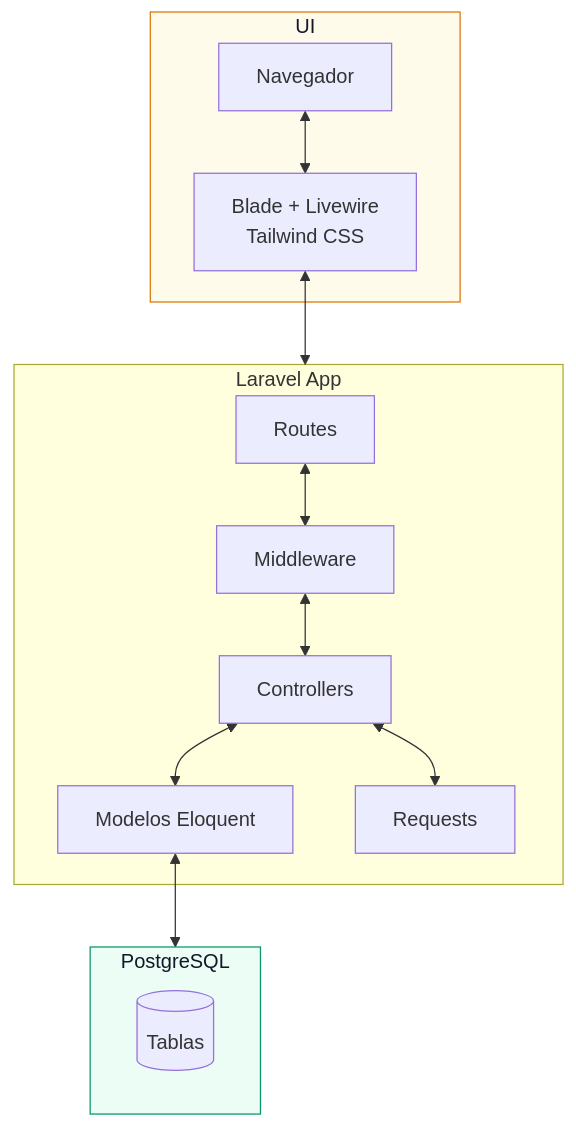
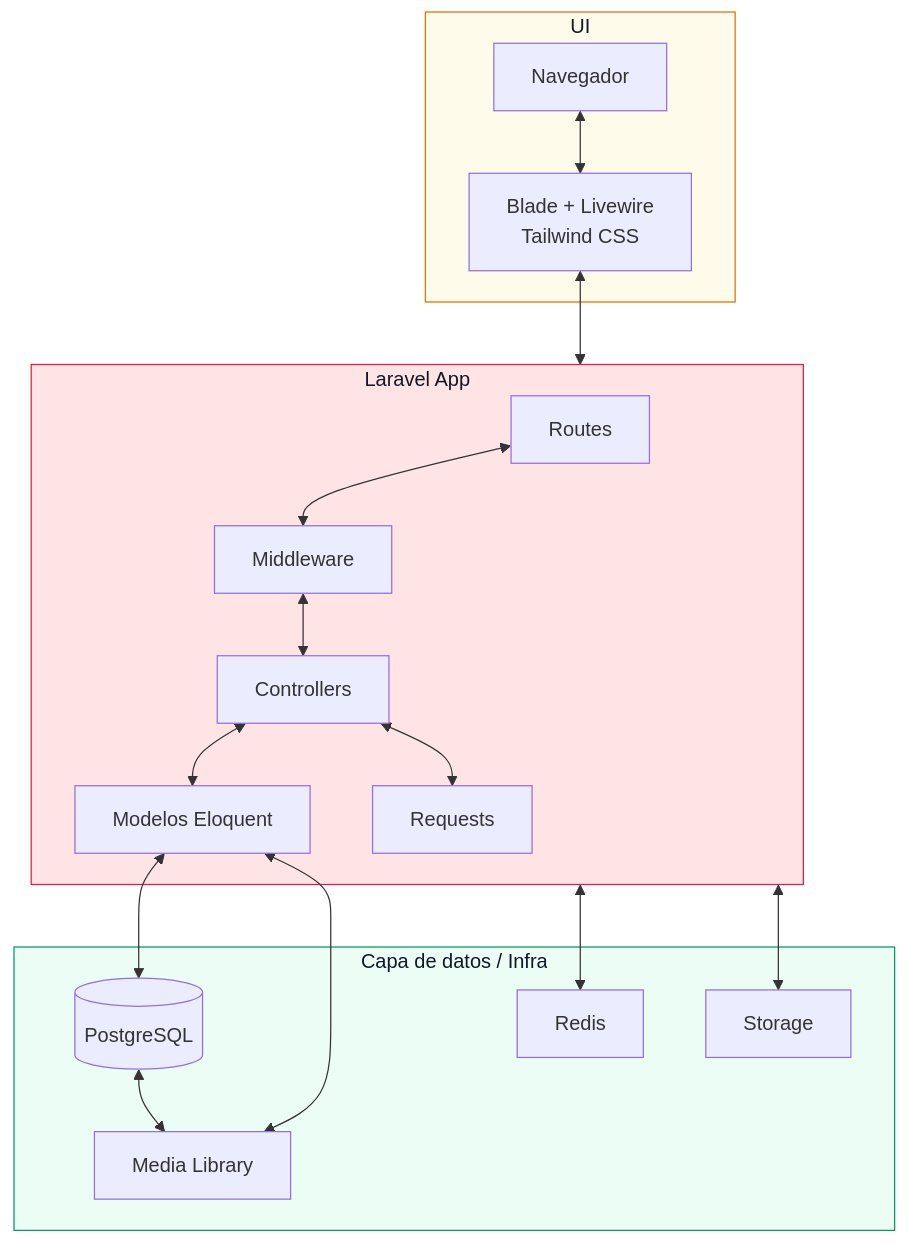
The diagram in docs/Arq.mmd (AgUsBF/parcial-2-ds-acn5bv-beceyro), drawn with Mermaid before and after one commit.

Commit message:
Docs: Ajustes y mejora del diagrama de arquitectura

```diff
--- a/docs/Arq.mmd
+++ b/docs/Arq.mmd
@@ -1,36 +1,44 @@
 flowchart TB
 
     subgraph ui[UI]
         user[Navegador]
         front[Blade + Livewire \n Tailwind CSS]
 
         user <--> front
     end
 
     subgraph app[Laravel App]
         routes[Routes]
         middleware[Middleware]
         controllers[Controllers]
         models[Modelos Eloquent]
         requests[Requests]
 
         routes <--> middleware
         middleware <--> controllers
         controllers <--> models
         controllers <--> requests
     end
 
-    subgraph sql[PostgreSQL]
-        tables[(Tablas)]
+    subgraph datos[Capa de datos / Infra]
+        sql[(PostgreSQL)]
+        media[Media Library]
+        redis[Redis]
+        storage[Storage]
+
+        sql <--> media
     end
 
     front <--> app
     models <--> sql
+    models <--> media
+    app <--> redis
+    app <--> storage
 
     classDef ui fill:#FFFBEB,stroke:#D97706,stroke-width:1px,color:#111827;
-    classDef app fill:#EEF2FF,stroke:#4F46E5,stroke-width:1px,color:#111827;
-    classDef dato fill:#ECFDF5,stroke:#059669,stroke-width:1px,color:#111827;
+    classDef app fill:#FFE4E6,stroke:#E11D48,stroke-width:1px,color:#111827;
+    classDef datos fill:#ECFDF5,stroke:#059669,stroke-width:1px,color:#111827;
 
     class ui ui;
-    class sql dato;
-    class app capa;
+    class app app;
+    class datos datos;
```
